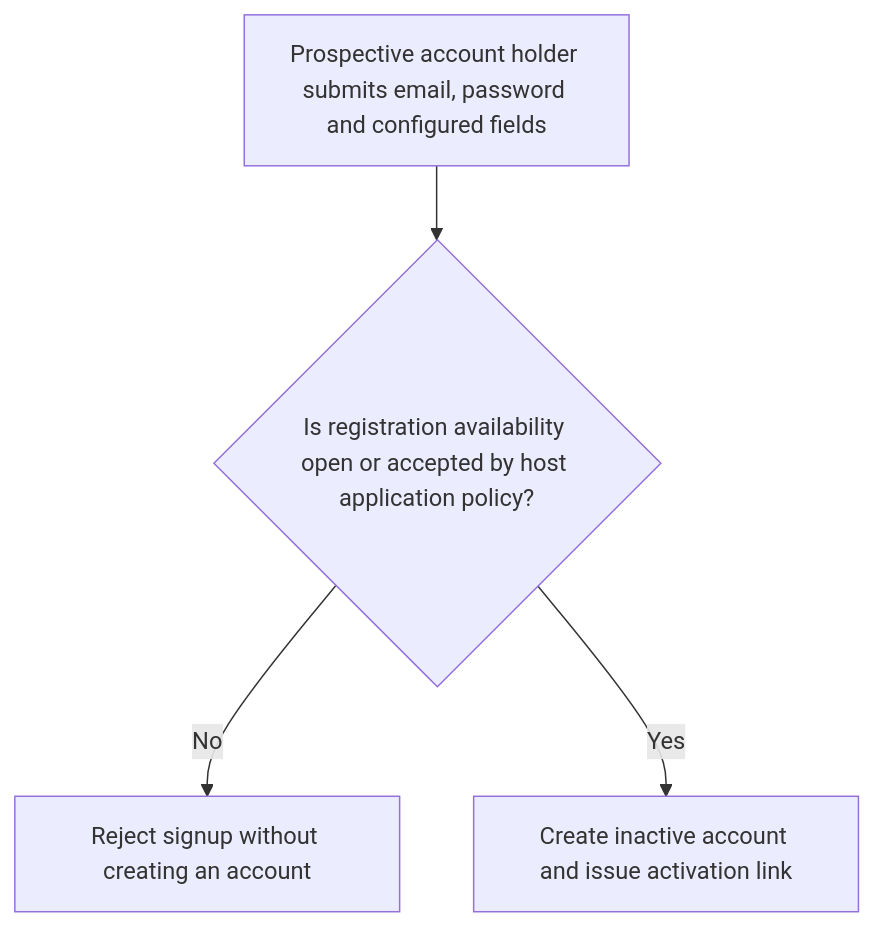
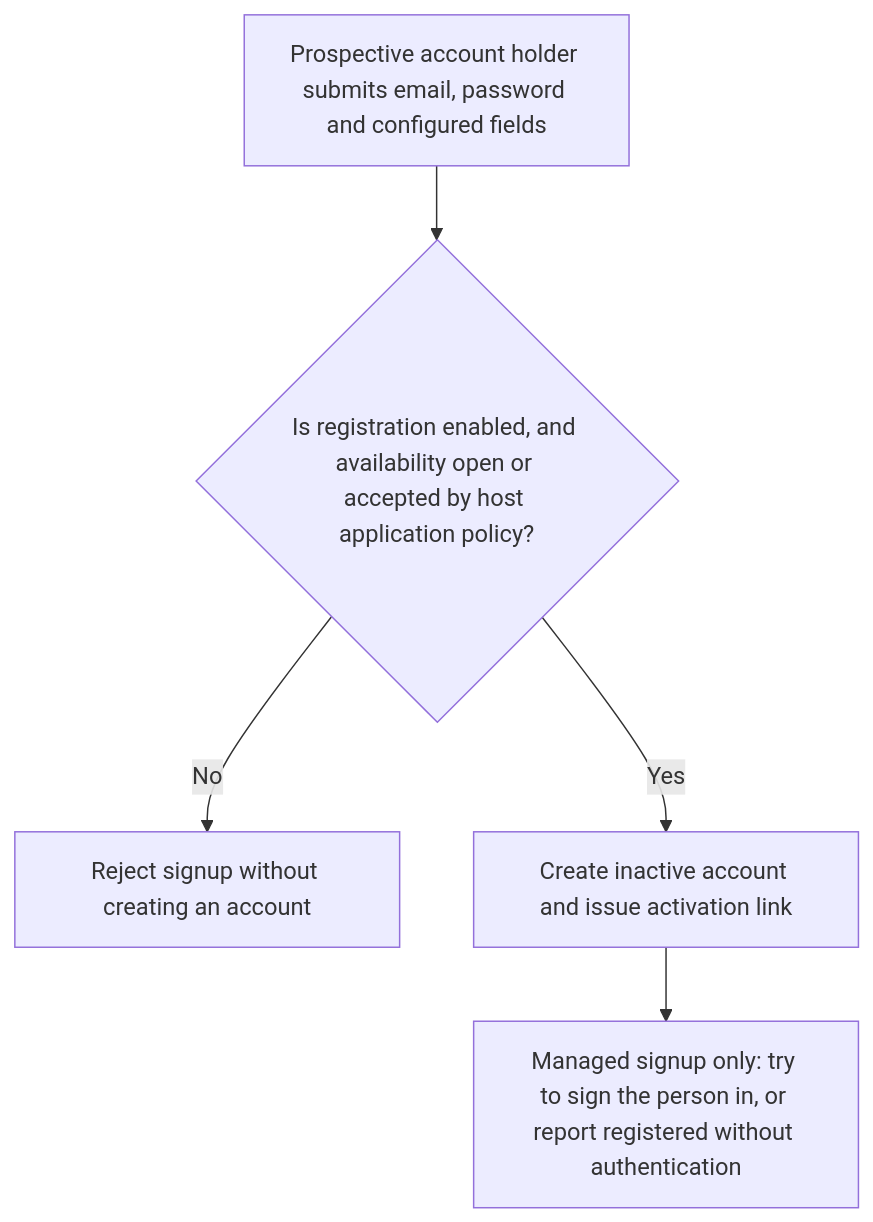
The first of 2 diagrams in user-stories/US-ACCOUNT-02-create-and-verify-account.md (Kevinjohn/oss-adonisjs-account-kit), drawn with Mermaid before and after one commit. The commit also changed other lines of this file and 22 other files, not shown here.

````diff
--- a/user-stories/US-ACCOUNT-02-create-and-verify-account.md
+++ b/user-stories/US-ACCOUNT-02-create-and-verify-account.md
@@ -18,6 +19,7 @@
 ```mermaid
 flowchart TD
- A["Prospective account holder submits email, password and configured fields"] --> B{"Is registration availability open or accepted by host application policy?"}
+ A["Prospective account holder submits email, password and configured fields"] --> B{"Is registration enabled, and availability open or accepted by host application policy?"}
  B -->|No| C["Reject signup without creating an account"]
  B -->|Yes| D["Create inactive account and issue activation link"]
+ D --> E["Managed signup only: try to sign the person in, or report registered without authentication"]
 ```
````
